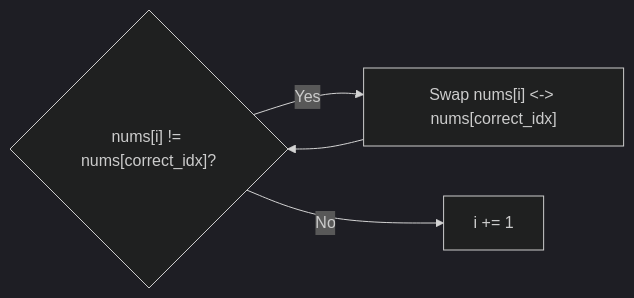
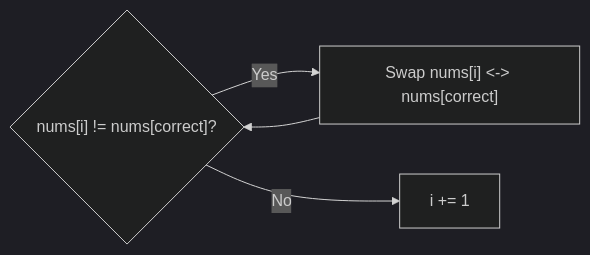
One commit to SanjayR857/All-in-One-Notes changed the diagram in grokking-coding-interview/16-cyclic-sort.md. Above: the diagram before and after it, drawn with Mermaid (dark theme). The commit also changed other lines of this file and 22 other files, not shown here.

````diff
--- a/grokking-coding-interview/16-cyclic-sort.md
+++ b/grokking-coding-interview/16-cyclic-sort.md
@@ -20,5 +20,5 @@
 ```mermaid
 flowchart LR
-    Check{"nums[i] != nums[correct_idx]?"} -- Yes --> Swap["Swap nums[i] <-> nums[correct_idx]"] --> Check
+    Check{"nums[i] != nums[correct]?"} -- Yes --> Swap["Swap nums[i] <-> nums[correct]"] --> Check
     Check -- No --> Next["i += 1"]
 ```
````
